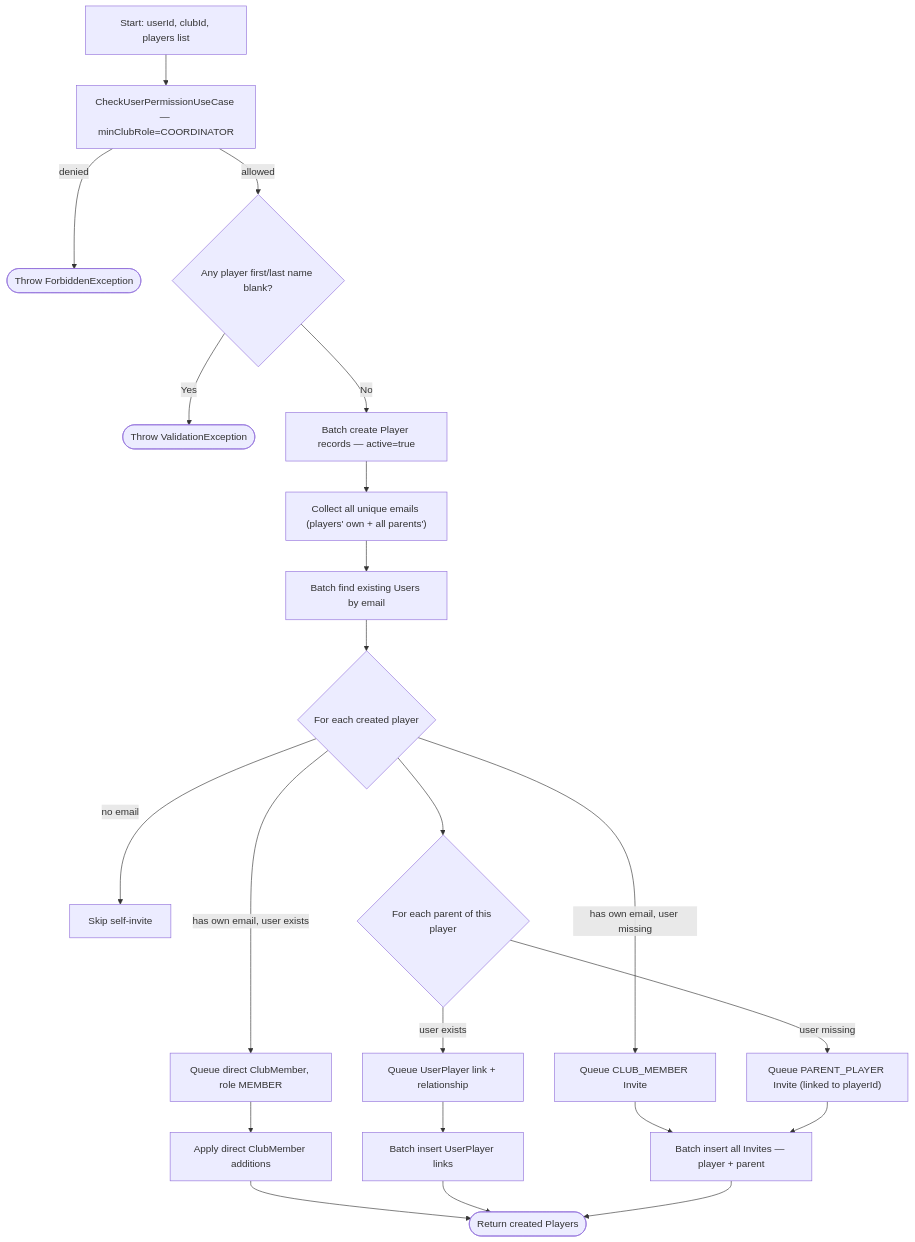
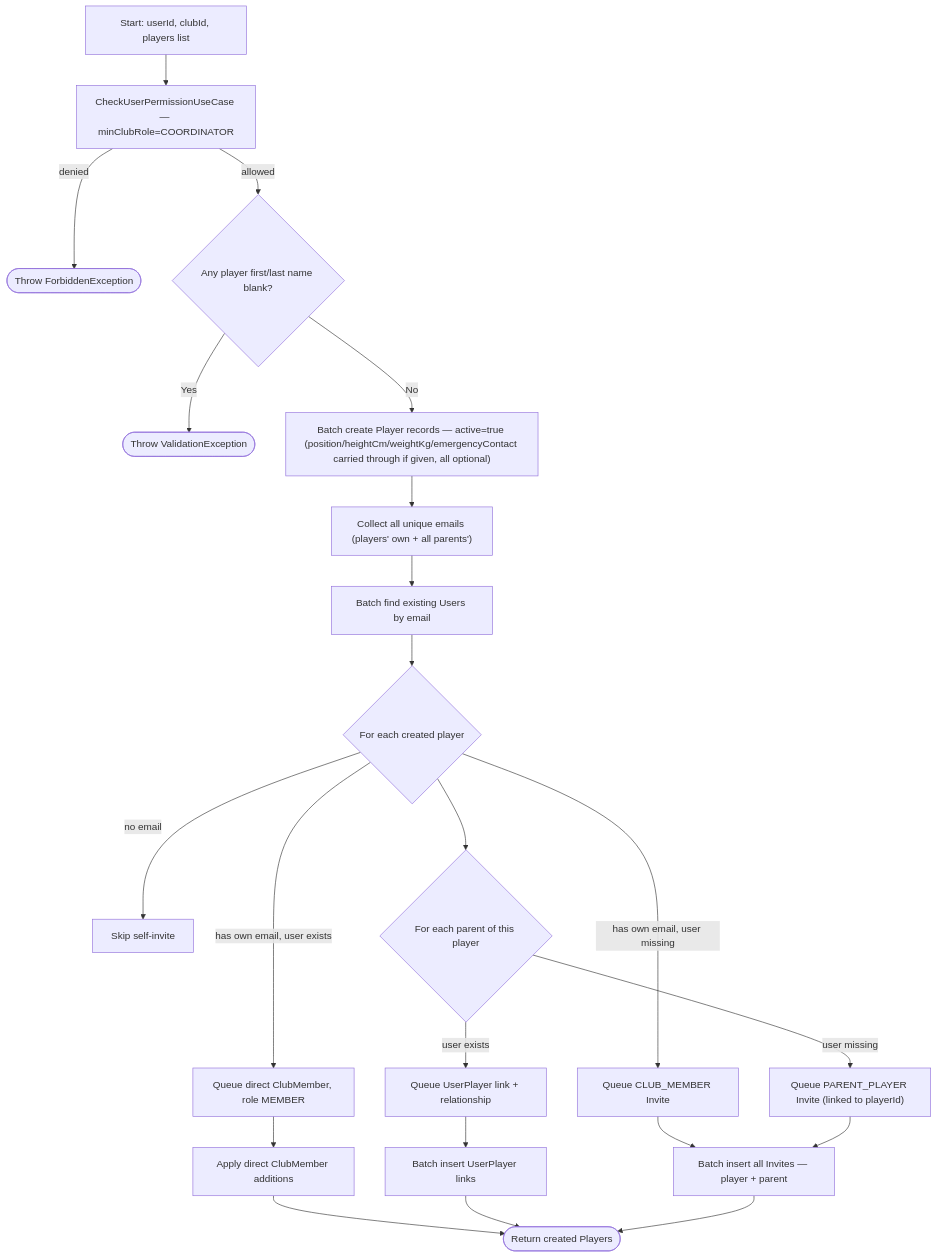
Diagram 24 of 45 in PROCESS_FLOWS.md (ricardofrango/squadify), drawn with Mermaid before and after one commit. The commit also changed other lines of this file and 9 other files, not shown here.

First line of the commit message:
Add position, height, weight, and emergency contact to Player

````diff
--- a/PROCESS_FLOWS.md
+++ b/PROCESS_FLOWS.md
@@ -467,24 +467,24 @@
 ```mermaid
 graph TD
     A[Start: userId, clubId, players list] --> B[CheckUserPermissionUseCase — minClubRole=COORDINATOR]
     B -- denied --> F(["Throw ForbiddenException"])
     B -- allowed --> C{Any player first/last name blank?}
     C -- Yes --> V(["Throw ValidationException"])
-    C -- No --> D[Batch create Player records — active=true]
+    C -- No --> D["Batch create Player records — active=true (position/heightCm/weightKg/emergencyContact carried through if given, all optional)"]
     D --> E["Collect all unique emails (players' own + all parents')"]
     E --> G[Batch find existing Users by email]
     G --> H{For each created player}
     H -- has own email, user exists --> I[Queue direct ClubMember, role MEMBER]
     H -- has own email, user missing --> J[Queue CLUB_MEMBER Invite]
     H -- no email --> SK[Skip self-invite]
     H --> L{For each parent of this player}
     L -- user exists --> M[Queue UserPlayer link + relationship]
     L -- user missing --> N["Queue PARENT_PLAYER Invite (linked to playerId)"]
     I --> O[Apply direct ClubMember additions]
     J --> P[Batch insert all Invites — player + parent]
     M --> Q[Batch insert UserPlayer links]
     N --> P
     O --> Z(["Return created Players"])
     Q --> Z
     P --> Z
 ```
````
